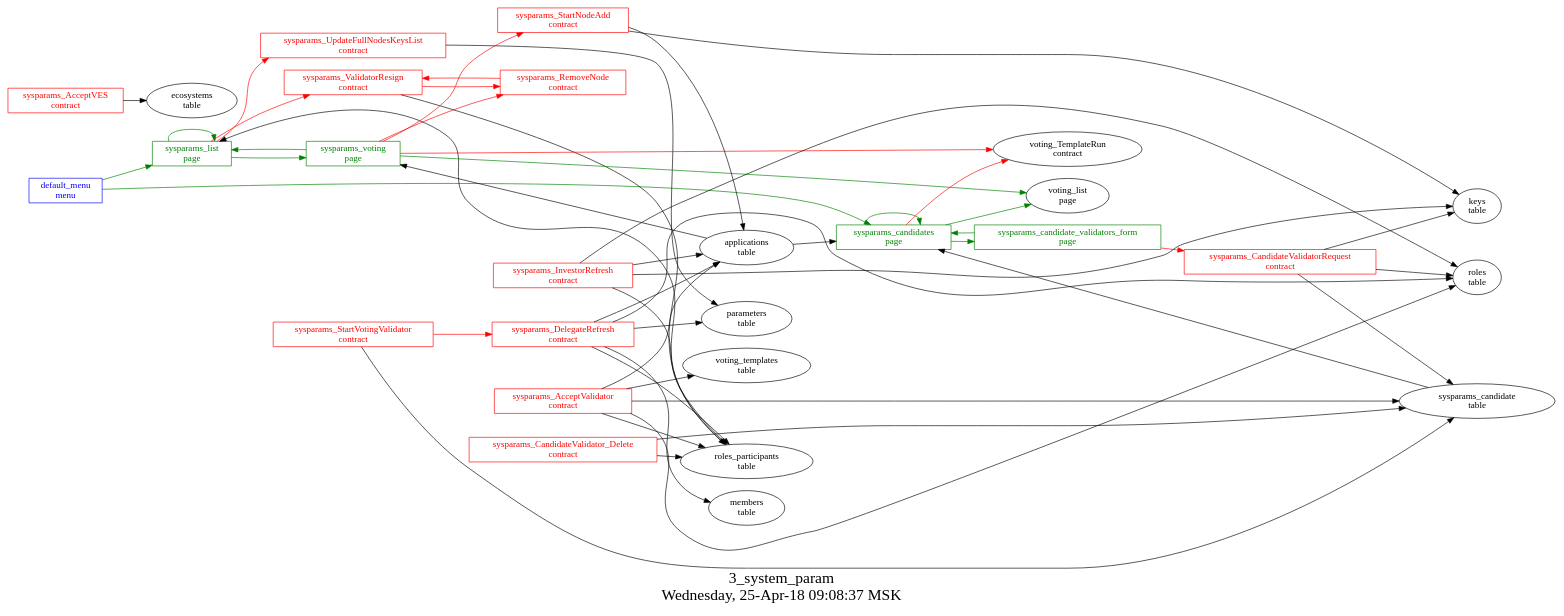
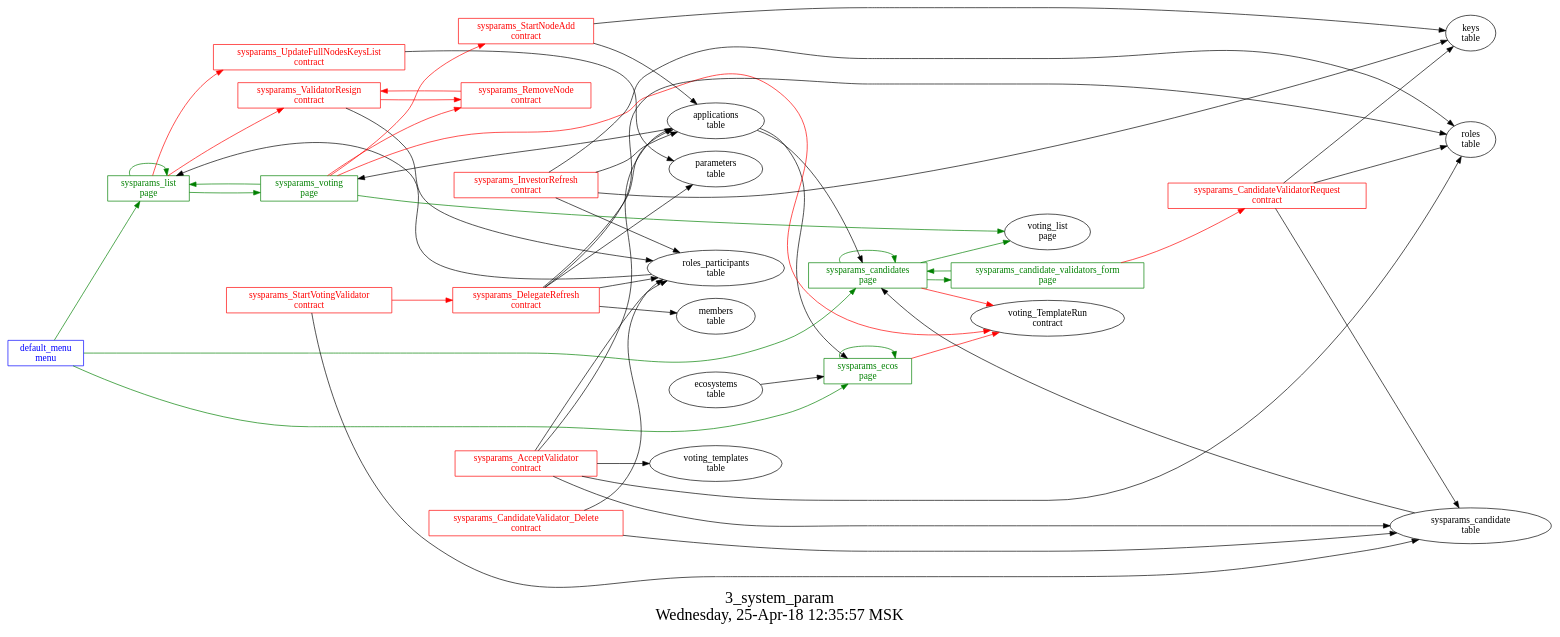
The diagram in src/basic/3_system_params/struct.dot (AplaProject/apps), drawn with Graphviz before and after one commit. The commit also changed 8 other files, not shown here.

Commit message:
added ves voting

```diff
--- a/src/basic/3_system_params/struct.dot
+++ b/src/basic/3_system_params/struct.dot
@@ -1,76 +1,80 @@
 digraph G {
 graph [
   fontsize="24";
-  label="3_system_param\nWednesday, 25-Apr-18 09:08:37 MSK";
+  label="3_system_param\nWednesday, 25-Apr-18 12:35:57 MSK";
   nojustify=true;
   ordering=out;
   rankdir=LR;
   size="30";
 ];
 "default_menu\nmenu" -> "sysparams_list\npage"  [ color=green ]
 "default_menu\nmenu" -> "sysparams_candidates\npage"  [ color=green ]
+"default_menu\nmenu" -> "sysparams_ecos\npage"  [ color=green ]
 "default_menu\nmenu" [color=blue, fontcolor=blue, group=menus, shape=record];
 "sysparams_candidate_validators_form\npage" -> "sysparams_CandidateValidatorRequest\ncontract"  [ color=red ]
 "sysparams_candidate_validators_form\npage" -> "sysparams_candidates\npage"  [ color=green ]
 "sysparams_candidate_validators_form\npage" [color=green, fontcolor=green, group=pages, shape=record];
 "sysparams_candidates\npage" -> "voting_TemplateRun\ncontract"  [ color=red ]
 "applications\ntable" -> "sysparams_candidates\npage"  [ color="" ]
 "sysparams_candidate\ntable" -> "sysparams_candidates\npage"  [ color="" ]
 "sysparams_candidates\npage" -> "voting_list\npage"  [ color=green ]
 "sysparams_candidates\npage" -> "sysparams_candidates\npage"  [ color=green ]
 "sysparams_candidates\npage" -> "sysparams_candidate_validators_form\npage"  [ color=green ]
 "sysparams_candidates\npage" [color=green, fontcolor=green, group=pages, shape=record];
+"sysparams_ecos\npage" -> "voting_TemplateRun\ncontract"  [ color=red ]
+"applications\ntable" -> "sysparams_ecos\npage"  [ color="" ]
+"ecosystems\ntable" -> "sysparams_ecos\npage"  [ color="" ]
+"sysparams_ecos\npage" -> "sysparams_ecos\npage"  [ color=green ]
+"sysparams_ecos\npage" [color=green, fontcolor=green, group=pages, shape=record];
 "sysparams_list\npage" -> "sysparams_UpdateFullNodesKeysList\ncontract"  [ color=red ]
 "sysparams_list\npage" -> "sysparams_ValidatorResign\ncontract"  [ color=red ]
 "roles_participants\ntable" -> "sysparams_list\npage"  [ color="" ]
 "sysparams_list\npage" -> "sysparams_voting\npage"  [ color=green ]
 "sysparams_list\npage" -> "sysparams_list\npage"  [ color=green ]
 "sysparams_list\npage" [color=green, fontcolor=green, group=pages, shape=record];
 "sysparams_voting\npage" -> "sysparams_StartNodeAdd\ncontract"  [ color=red ]
 "sysparams_voting\npage" -> "sysparams_RemoveNode\ncontract"  [ color=red ]
 "sysparams_voting\npage" -> "voting_TemplateRun\ncontract"  [ color=red ]
 "applications\ntable" -> "sysparams_voting\npage"  [ color="" ]
 "sysparams_voting\npage" -> "sysparams_list\npage"  [ color=green ]
 "sysparams_voting\npage" -> "voting_list\npage"  [ color=green ]
 "sysparams_voting\npage" [color=green, fontcolor=green, group=pages, shape=record];
-"sysparams_AcceptVES\ncontract" -> "ecosystems\ntable"  [ color="" ]
-"sysparams_AcceptVES\ncontract" [color=red, fontcolor=red, group=contracts, shape=record];
 "sysparams_AcceptValidator\ncontract" -> "applications\ntable"  [ color="" ]
 "sysparams_AcceptValidator\ncontract" -> "voting_templates\ntable"  [ color="" ]
 "sysparams_AcceptValidator\ncontract" -> "sysparams_candidate\ntable"  [ color="" ]
 "sysparams_AcceptValidator\ncontract" -> "roles_participants\ntable"  [ color="" ]
 "sysparams_AcceptValidator\ncontract" -> "roles\ntable"  [ color="" ]
 "sysparams_AcceptValidator\ncontract" [color=red, fontcolor=red, group=contracts, shape=record];
 "sysparams_CandidateValidatorRequest\ncontract" -> "keys\ntable"  [ color="" ]
 "sysparams_CandidateValidatorRequest\ncontract" -> "roles\ntable"  [ color="" ]
 "sysparams_CandidateValidatorRequest\ncontract" -> "sysparams_candidate\ntable"  [ color="" ]
 "sysparams_CandidateValidatorRequest\ncontract" [color=red, fontcolor=red, group=contracts, shape=record];
 "sysparams_CandidateValidator_Delete\ncontract" -> "sysparams_candidate\ntable"  [ color="" ]
 "sysparams_CandidateValidator_Delete\ncontract" -> "roles_participants\ntable"  [ color="" ]
 "sysparams_CandidateValidator_Delete\ncontract" [color=red, fontcolor=red, group=contracts, shape=record];
 "sysparams_DelegateRefresh\ncontract" -> "roles\ntable"  [ color="" ]
 "sysparams_DelegateRefresh\ncontract" -> "applications\ntable"  [ color="" ]
 "sysparams_DelegateRefresh\ncontract" -> "parameters\ntable"  [ color="" ]
 "sysparams_DelegateRefresh\ncontract" -> "roles_participants\ntable"  [ color="" ]
 "sysparams_DelegateRefresh\ncontract" -> "members\ntable"  [ color="" ]
 "sysparams_DelegateRefresh\ncontract" [color=red, fontcolor=red, group=contracts, shape=record];
 "sysparams_InvestorRefresh\ncontract" -> "roles\ntable"  [ color="" ]
 "sysparams_InvestorRefresh\ncontract" -> "applications\ntable"  [ color="" ]
 "sysparams_InvestorRefresh\ncontract" -> "keys\ntable"  [ color="" ]
 "sysparams_InvestorRefresh\ncontract" -> "roles_participants\ntable"  [ color="" ]
 "sysparams_InvestorRefresh\ncontract" [color=red, fontcolor=red, group=contracts, shape=record];
 "sysparams_RemoveNode\ncontract" -> "sysparams_ValidatorResign\ncontract"  [ color=red ]
 "sysparams_RemoveNode\ncontract" [color=red, fontcolor=red, group=contracts, shape=record];
 "sysparams_StartNodeAdd\ncontract" -> "keys\ntable"  [ color="" ]
 "sysparams_StartNodeAdd\ncontract" -> "applications\ntable"  [ color="" ]
 "sysparams_StartNodeAdd\ncontract" [color=red, fontcolor=red, group=contracts, shape=record];
 "sysparams_StartVotingValidator\ncontract" -> "sysparams_DelegateRefresh\ncontract"  [ color=red ]
 "sysparams_StartVotingValidator\ncontract" -> "sysparams_candidate\ntable"  [ color="" ]
 "sysparams_StartVotingValidator\ncontract" [color=red, fontcolor=red, group=contracts, shape=record];
 "sysparams_UpdateFullNodesKeysList\ncontract" -> "parameters\ntable"  [ color="" ]
 "sysparams_UpdateFullNodesKeysList\ncontract" [color=red, fontcolor=red, group=contracts, shape=record];
 "sysparams_ValidatorResign\ncontract" -> "sysparams_RemoveNode\ncontract"  [ color=red ]
 "sysparams_ValidatorResign\ncontract" -> "roles_participants\ntable"  [ color="" ]
 "sysparams_ValidatorResign\ncontract" [color=red, fontcolor=red, group=contracts, shape=record];
 "sysparams_candidate\ntable" [color="", fontcolor="", group=tables, shape=""];
 }
```
